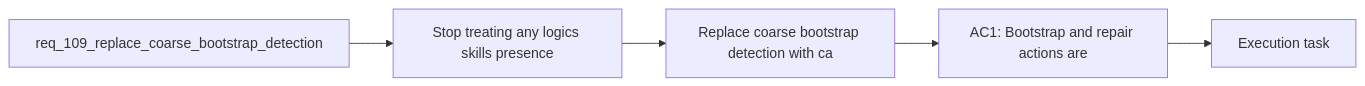
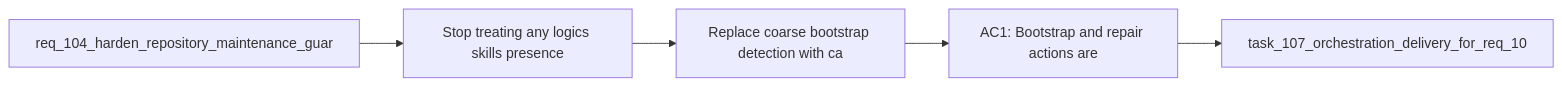
Before and after one commit to AlexAgo83/logics-manager: the diagram in logics/backlog/item_196_replace_coarse_bootstrap_detection_with_canonical_kit_inspection.md, drawn with Mermaid. The commit also changed other lines of this file and 481 other files, not shown here.

````diff
--- a/logics/backlog/item_196_replace_coarse_bootstrap_detection_with_canonical_kit_inspection.md
+++ b/logics/backlog/item_196_replace_coarse_bootstrap_detection_with_canonical_kit_inspection.md
@@ -23,9 +23,9 @@
 ```mermaid
 %% logics-kind: backlog
 %% logics-signature: backlog|replace-coarse-bootstrap-detection-with-|req-104-harden-repository-maintenance-gu|stop-treating-any-logics-skills-presence|ac1-bootstrap-and-repair-actions-are
 flowchart LR
-    Request[req_109_replace_coarse_bootstrap_detection] --> Problem[Stop treating any logics skills presence]
+    Request[req_104_harden_repository_maintenance_guar] --> Problem[Stop treating any logics skills presence]
     Problem --> Scope[Replace coarse bootstrap detection with ca]
     Scope --> Acceptance[AC1: Bootstrap and repair actions are]
-    Acceptance --> Tasks[Execution task]
+    Acceptance --> Tasks[task_107_orchestration_delivery_for_req_10]
 ```
````
